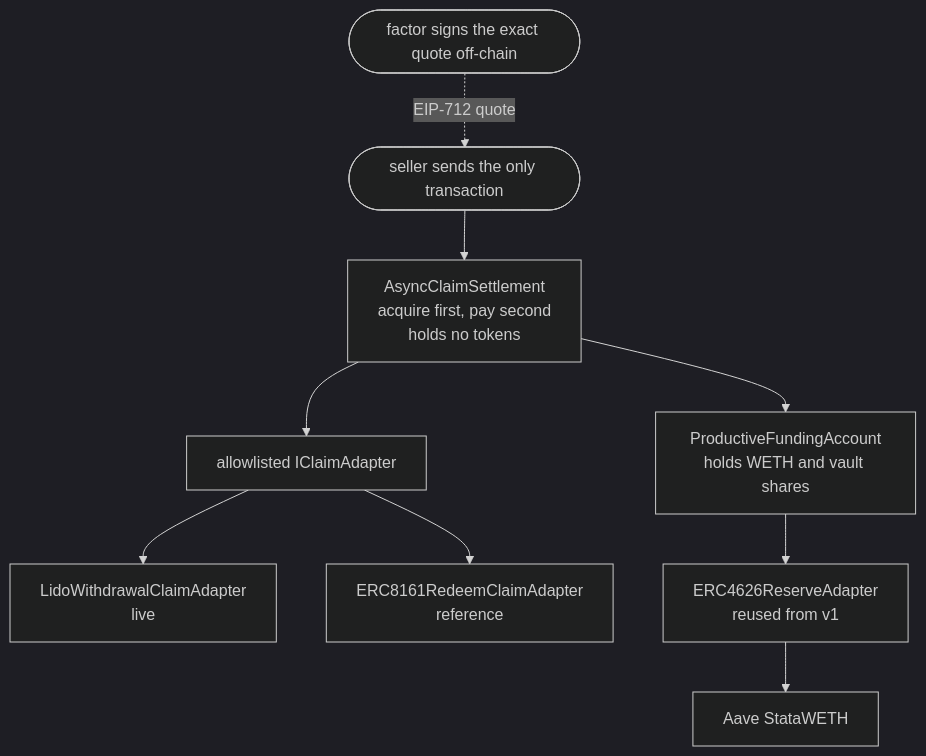
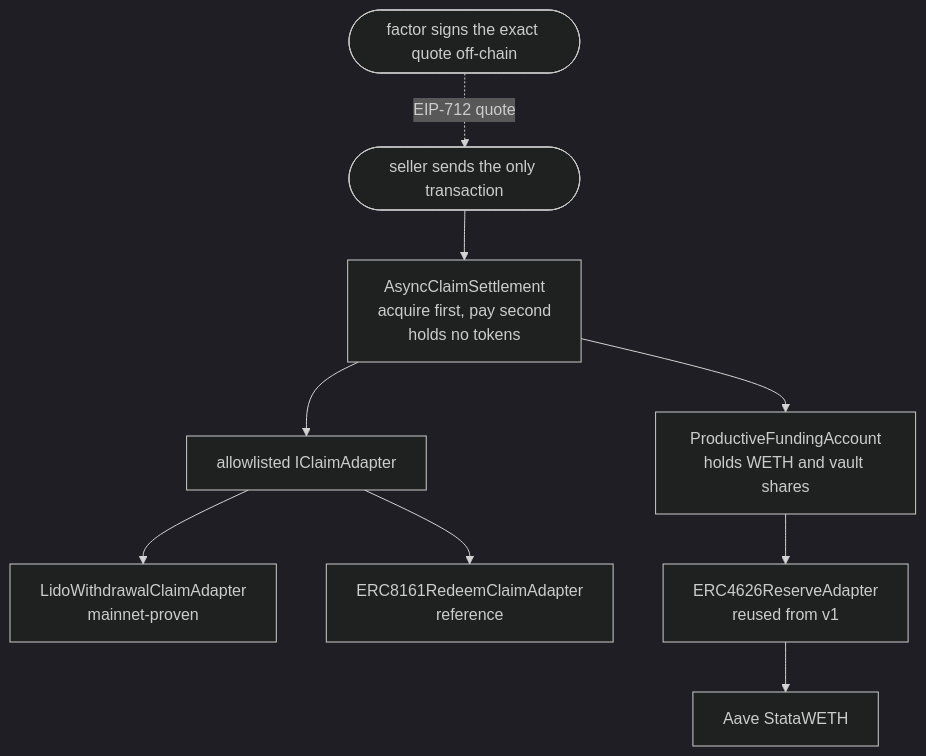
Before and after one commit to zkoranges/intentional: the second of 2 diagrams in README.md, drawn with Mermaid (dark theme). The commit also changed other lines of this file and 1 other file, not shown here.

````diff
--- a/README.md
+++ b/README.md
@@ -302,20 +315,20 @@
 ```mermaid
 flowchart TB
     FACTOR(["factor signs the exact quote off-chain"])
     SELLER(["seller sends the only transaction"])
     KERNEL["AsyncClaimSettlement<br/>acquire first, pay second<br/>holds no tokens"]
     ADAPTERS["allowlisted IClaimAdapter"]
-    LIDO["LidoWithdrawalClaimAdapter<br/>live"]
+    LIDO["LidoWithdrawalClaimAdapter<br/>mainnet-proven"]
     E8161["ERC8161RedeemClaimAdapter<br/>reference"]
     FUND["ProductiveFundingAccount<br/>holds WETH and vault shares"]
     RESERVE["ERC4626ReserveAdapter<br/>reused from v1"]
     AAVE["Aave StataWETH"]
 
     FACTOR -.->|"EIP-712 quote"| SELLER
     SELLER --> KERNEL
     KERNEL --> ADAPTERS
     KERNEL --> FUND
     ADAPTERS --> LIDO
     ADAPTERS --> E8161
     FUND --> RESERVE --> AAVE
 ```
````
